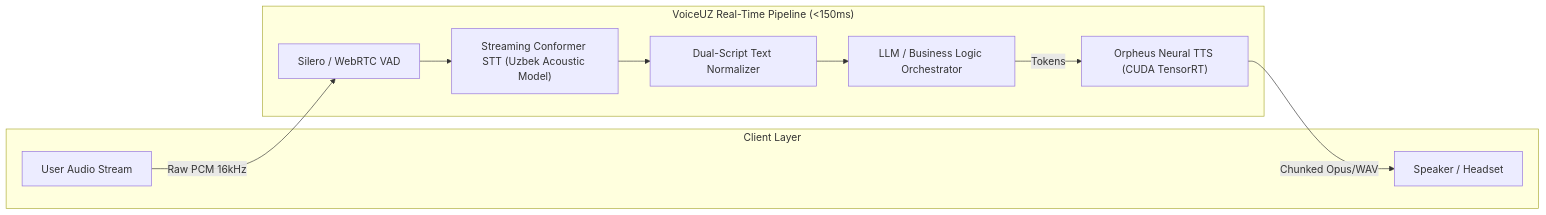
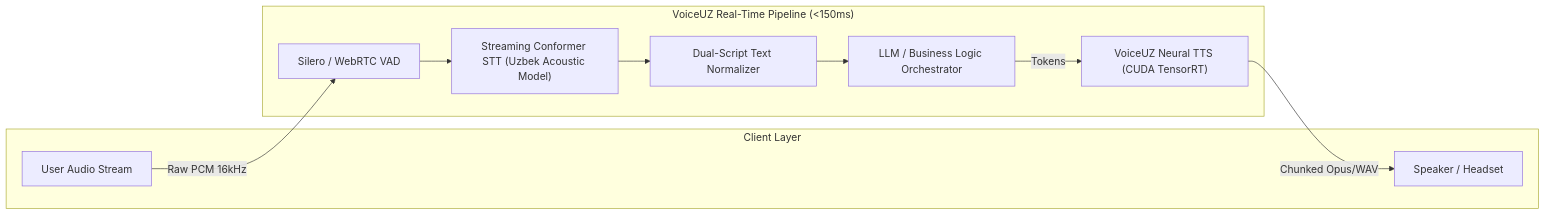
One commit to mpython77/voiceuz changed the diagram in README.md. Above: the diagram before and after it, drawn with Mermaid. The commit also changed other lines of this file and 1 other file, not shown here.

Commit message:
Mask internal engine names with VoiceUZ proprietary branding

````diff
--- a/README.md
+++ b/README.md
@@ -52,22 +52,22 @@
 ```mermaid
 flowchart LR
     subgraph Client ["Client Layer"]
         Mic[User Audio Stream]
         Spk[Speaker / Headset]
     end
 
     subgraph Pipeline ["VoiceUZ Real-Time Pipeline (<150ms)"]
         VAD[Silero / WebRTC VAD]
         STT["Streaming Conformer STT (Uzbek Acoustic Model)"]
         Norm[Dual-Script Text Normalizer]
         Agent["LLM / Business Logic Orchestrator"]
-        TTS["Orpheus Neural TTS (CUDA TensorRT)"]
+        TTS["VoiceUZ Neural TTS (CUDA TensorRT)"]
     end
 
     Mic -->|Raw PCM 16kHz| VAD
     VAD --> STT
     STT --> Norm
     Norm --> Agent
     Agent -->|Tokens| TTS
     TTS -->|Chunked Opus/WAV| Spk
 ```
````
